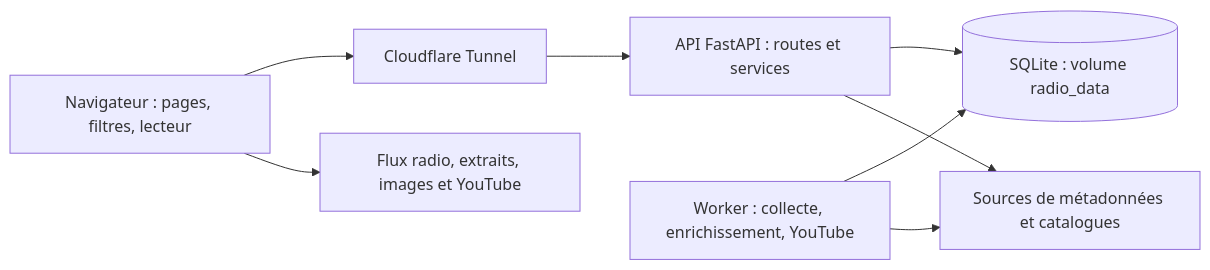
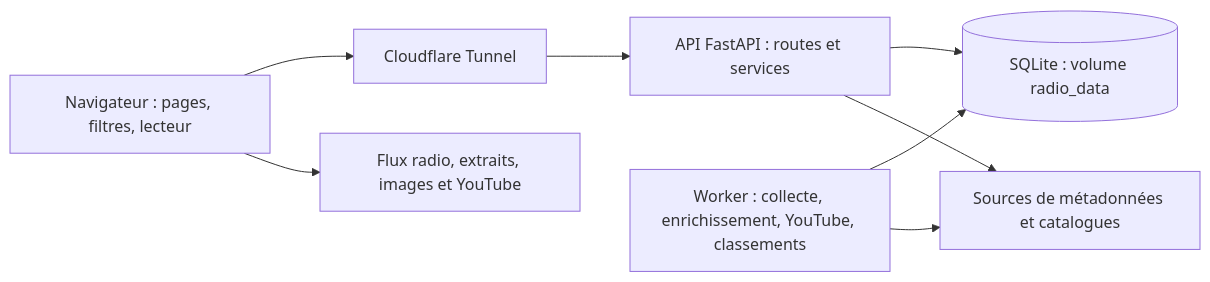
One commit to Hicha-m/track-radio changed the diagram in ARCHITECTURE.md. Above: the diagram before and after it, drawn with Mermaid. The commit also changed other lines of this file and 47 other files, not shown here.

````diff
--- a/ARCHITECTURE.md
+++ b/ARCHITECTURE.md
@@ -28,10 +29,10 @@
 ```mermaid
 flowchart LR
     N[Navigateur : pages, filtres, lecteur] --> T[Cloudflare Tunnel]
     T --> A[API FastAPI : routes et services]
     A --> B[(SQLite : volume radio_data)]
-    W[Worker : collecte, enrichissement, YouTube] --> B
+    W[Worker : collecte, enrichissement, YouTube, classements] --> B
     W --> S[Sources de métadonnées et catalogues]
     A --> S
     N --> M[Flux radio, extraits, images et YouTube]
 ```
````
